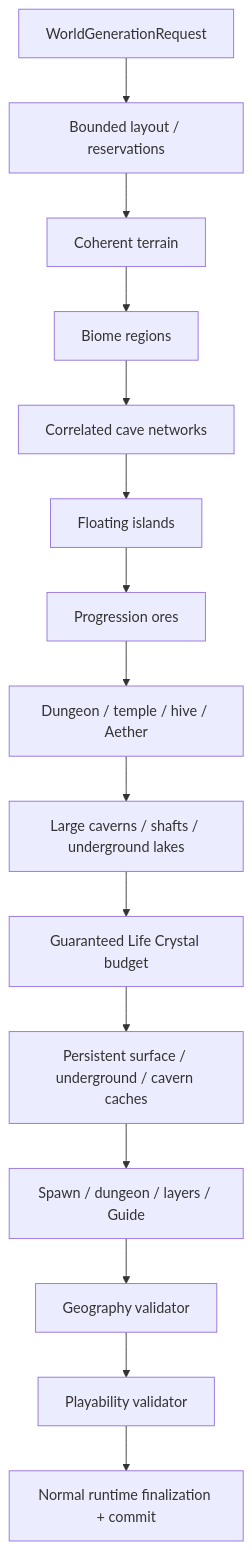
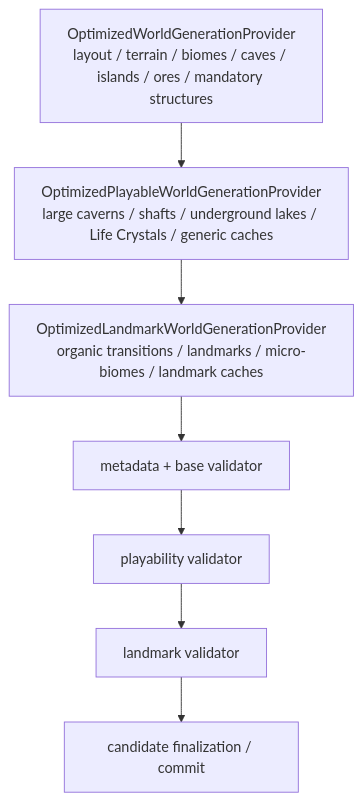
The diagram in docs/en/optimized-world-generation.md (VegaKernel/TerraRuntime), drawn with Mermaid before and after one commit. The commit also changed other lines of this file and 4 other files, not shown here.

First line of the commit message:
Wire optimized landmark generation into main

````diff
--- a/docs/en/optimized-world-generation.md
+++ b/docs/en/optimized-world-generation.md
@@ -38,17 +24,12 @@
 ```mermaid
 flowchart TD
-    Request["WorldGenerationRequest"] --> Layout["Bounded layout / reservations"]
-    Layout --> Terrain["Coherent terrain"]
-    Terrain --> Biomes["Biome regions"]
-    Biomes --> Caves["Correlated cave networks"]
-    Caves --> Islands["Floating islands"]
-    Islands --> Ores["Progression ores"]
-    Ores --> Structures["Dungeon / temple / hive / Aether"]
-    Structures --> Organic["Large caverns / shafts / underground lakes"]
-    Organic --> Crystals["Guaranteed Life Crystal budget"]
-    Crystals --> Chests["Persistent surface / underground / cavern caches"]
-    Chests --> Metadata["Spawn / dungeon / layers / Guide"]
-    Metadata --> BaseValidate["Geography validator"]
-    BaseValidate --> PlayValidate["Playability validator"]
-    PlayValidate --> Commit["Normal runtime finalization + commit"]
+    Base["OptimizedWorldGenerationProvider<br/>layout / terrain / biomes / caves / islands / ores / mandatory structures"]
+    Play["OptimizedPlayableWorldGenerationProvider<br/>large caverns / shafts / underground lakes / Life Crystals / generic caches"]
+    Land["OptimizedLandmarkWorldGenerationProvider<br/>organic transitions / landmarks / micro-biomes / landmark caches"]
+    Meta["metadata + base validator"]
+    PVal["playability validator"]
+    LVal["landmark validator"]
+    Commit["candidate finalization / commit"]
+
+    Base --> Play --> Land --> Meta --> PVal --> LVal --> Commit
 ```
````
